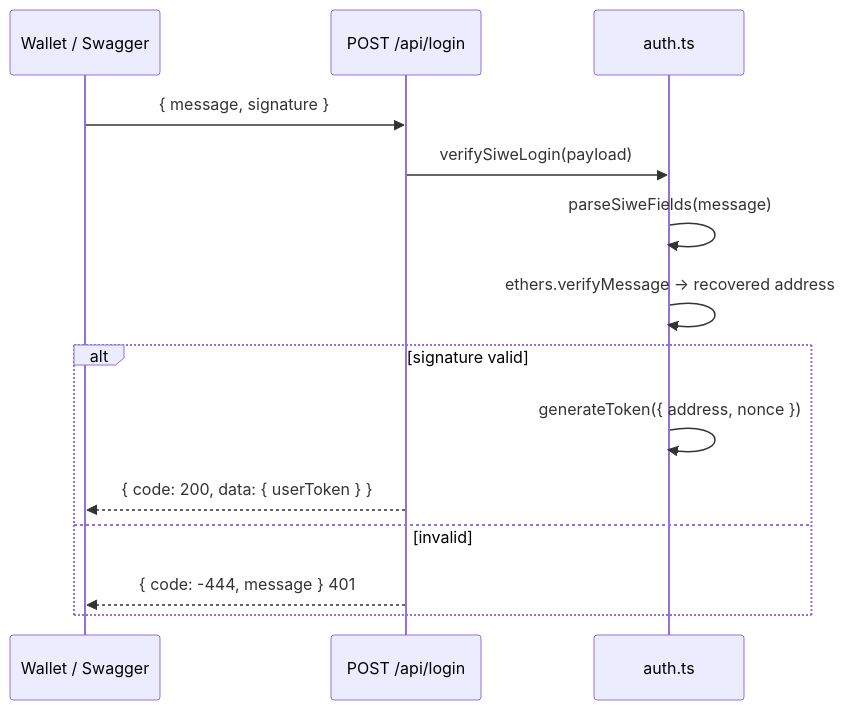
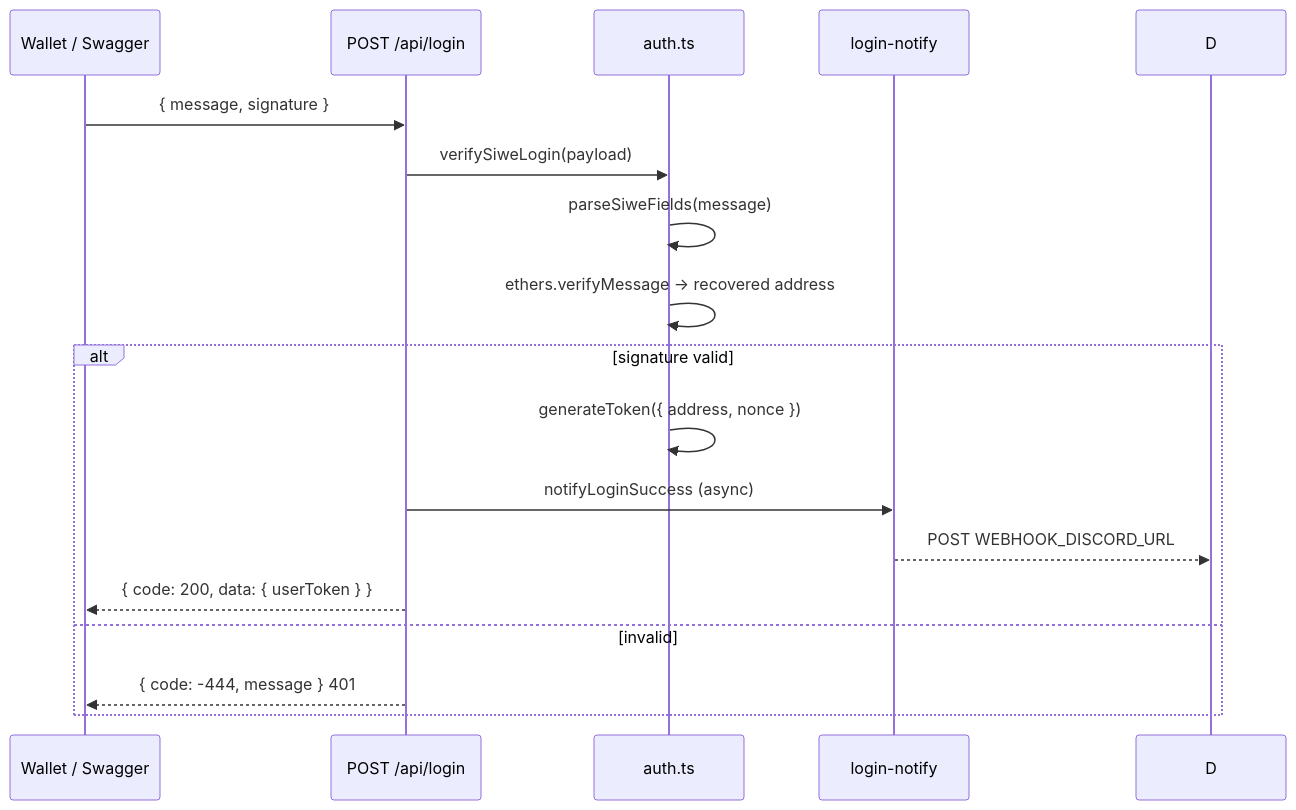
Before and after one commit to EthanOK/ethan-dapp-server: the fifth of 7 diagrams in develop/architecture.md, drawn with Mermaid. The commit also changed other lines of this file and 6 other files, not shown here.

First line of the commit message:
docs: document login notify, OKX routes, and production logging

````diff
--- a/develop/architecture.md
+++ b/develop/architecture.md
@@ -261,17 +268,20 @@
 ```mermaid
 sequenceDiagram
   participant W as Wallet / Swagger
   participant API as POST /api/login
   participant Auth as auth.ts
+  participant N as login-notify
 
   W->>API: { message, signature }
   API->>Auth: verifySiweLogin(payload)
   Auth->>Auth: parseSiweFields(message)
   Auth->>Auth: ethers.verifyMessage → recovered address
   alt signature valid
     Auth->>Auth: generateToken({ address, nonce })
+    API->>N: notifyLoginSuccess (async)
+    N-->>D: POST WEBHOOK_DISCORD_URL
     API-->>W: { code: 200, data: { userToken } }
   else invalid
     API-->>W: { code: -444, message } 401
   end
 ```
````
